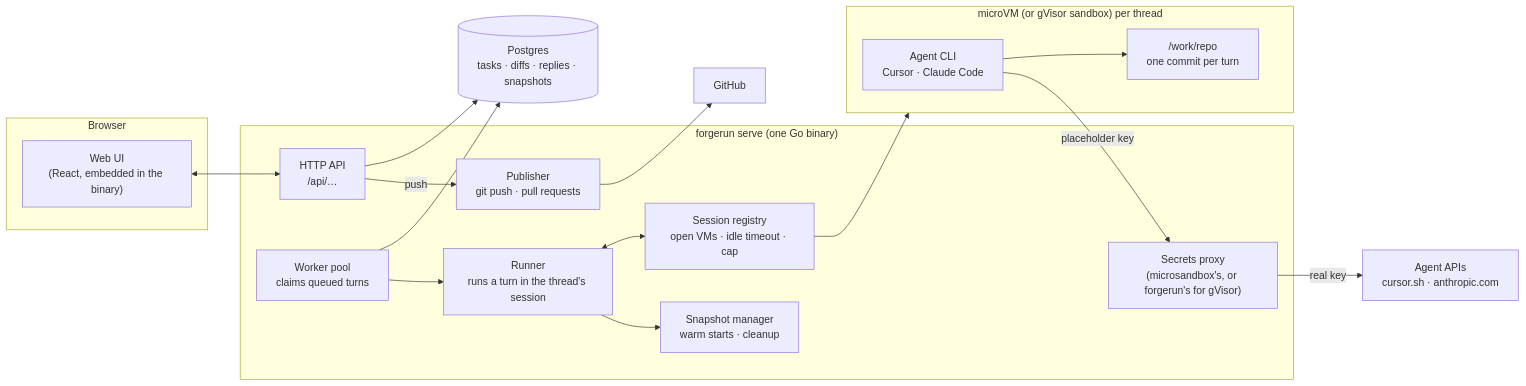
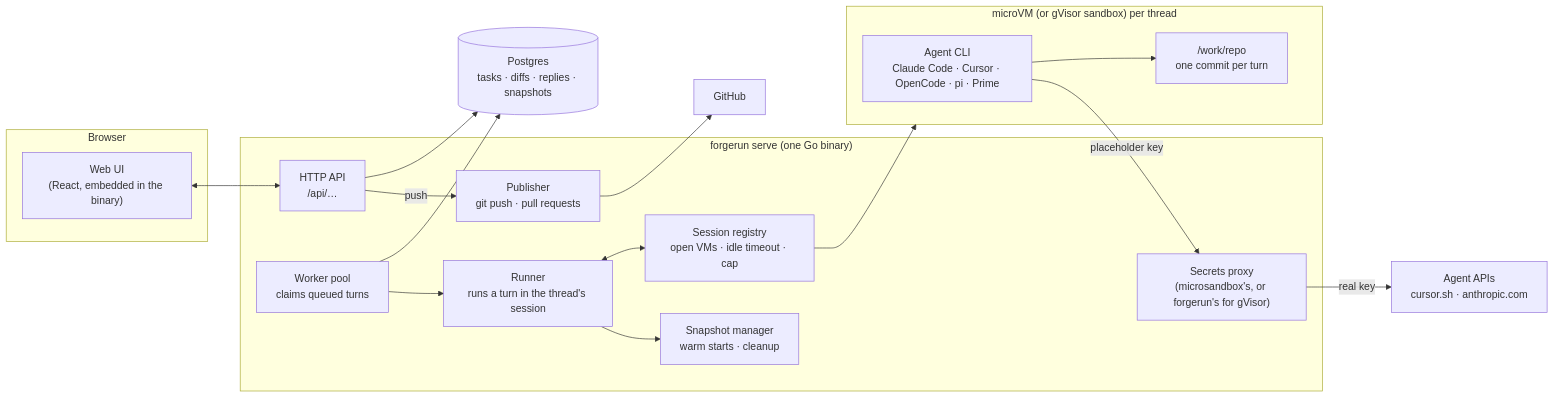
The first of 3 diagrams in README.md (depak7/forgerun), drawn with Mermaid before and after one commit. The commit also changed other lines of this file, not shown here.

First line of the commit message:
README: branches, the MCP orchestrator, every agent, the package map

````diff
--- a/README.md
+++ b/README.md
@@ -99,36 +104,36 @@
 ```mermaid
 flowchart LR
     subgraph Browser
         UI["Web UI<br/>(React, embedded in the binary)"]
     end
 
     subgraph Host["forgerun serve (one Go binary)"]
         API["HTTP API<br/>/api/…"]
         Pool["Worker pool<br/>claims queued turns"]
         Runner["Runner<br/>runs a turn in the thread's session"]
         Sessions["Session registry<br/>open VMs · idle timeout · cap"]
         Snap["Snapshot manager<br/>warm starts · cleanup"]
         Pub["Publisher<br/>git push · pull requests"]
         Proxy["Secrets proxy<br/>(microsandbox's, or forgerun's for gVisor)"]
     end
 
     subgraph VM["microVM (or gVisor sandbox) per thread"]
-        Agent["Agent CLI<br/>Cursor · Claude Code"]
+        Agent["Agent CLI<br/>Claude Code · Cursor · OpenCode · pi · Prime"]
         Repo["/work/repo<br/>one commit per turn"]
     end
 
     DB[("Postgres<br/>tasks · diffs · replies · snapshots")]
     GH["GitHub"]
     LLM["Agent APIs<br/>cursor.sh · anthropic.com"]
 
     UI <--> API
     API --> DB
     Pool --> DB
     Pool --> Runner
     Runner <--> Sessions
     Runner --> Snap
     Sessions --> VM
     Agent --> Repo
     Agent -- "placeholder key" --> Proxy -- "real key" --> LLM
     API -- "push" --> Pub --> GH
 ```
````
